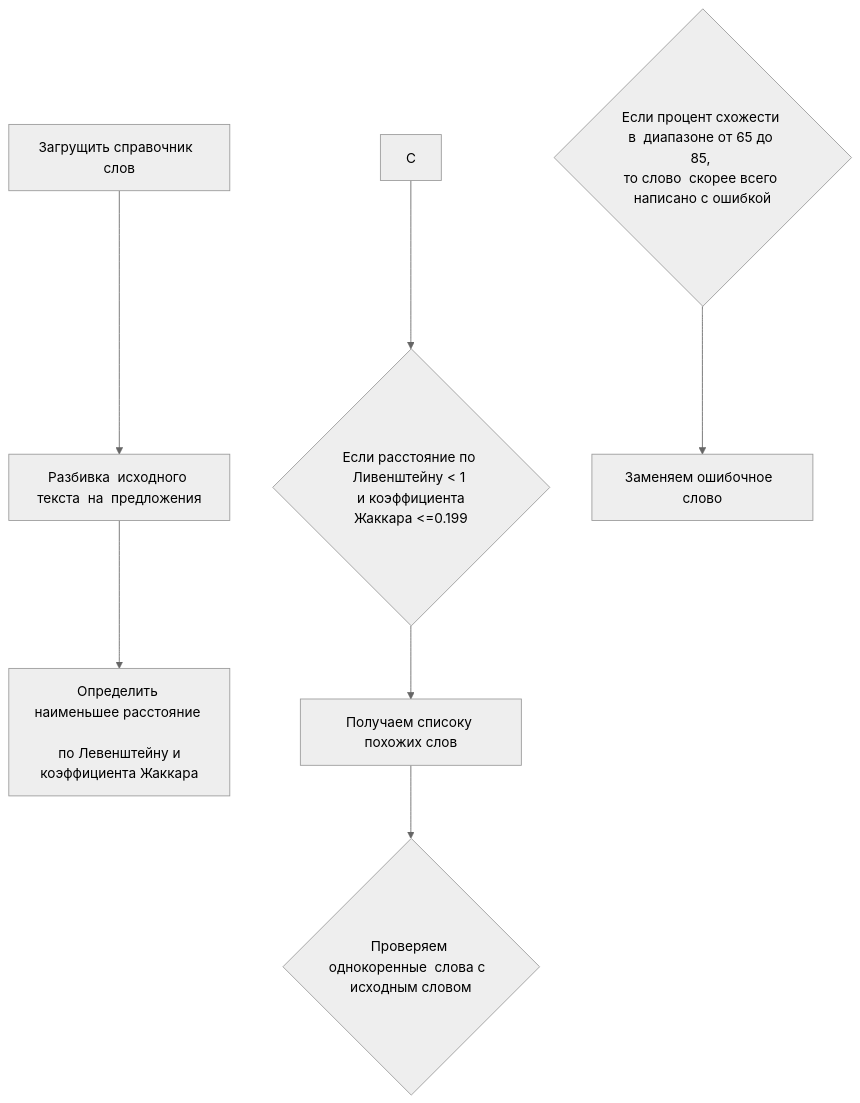
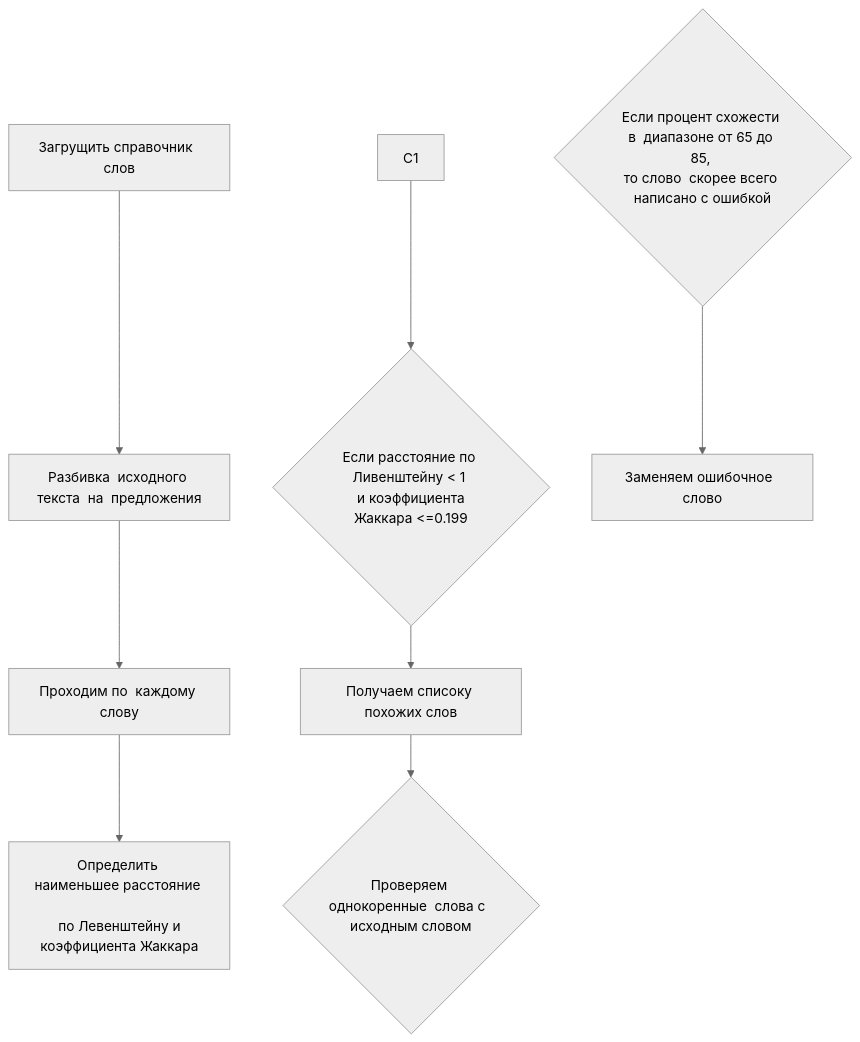
One commit to Barolina/search_spelling_errors changed the diagram in README.MD. Above: the diagram before and after it, drawn with Mermaid (neutral theme).

````diff
--- a/README.MD
+++ b/README.MD
@@ -17,17 +17,18 @@
 ```mermaid
 flowchart TB
 	A[Загрущить справочник  слов]
 	A --> B
-	B[Разбивка  исходного текста  на  предложения] --> С[Разбивка предложения  на слова]		
-	С[Определить наименьшее расстояние  \n по Левенштейну и коэффициента Жаккара]
+	B[Разбивка  исходного текста  на  предложения] --> С[Проходим по  каждому слову]		
+	С1[Определить наименьшее расстояние  \n по Левенштейну и коэффициента Жаккара]
+	С --> С1
 	D{Если расстояние по Ливенштейну < 1 \n и коэффициента Жаккара <=0.199}
-	C --> D
+	C1 --> D
 	D --> H[Получаем списоку похожих слов]
 	J{Проверяем однокоренные  слова с  исходным словом}
 	H --> J
 	K{Если процент схожести в  диапазоне от 65 до 85, \n то слово  скорее всего  написано с ошибкой}
 	L[Заменяем ошибочное  слово]
 	K --> L
 	
 
 ```
````
